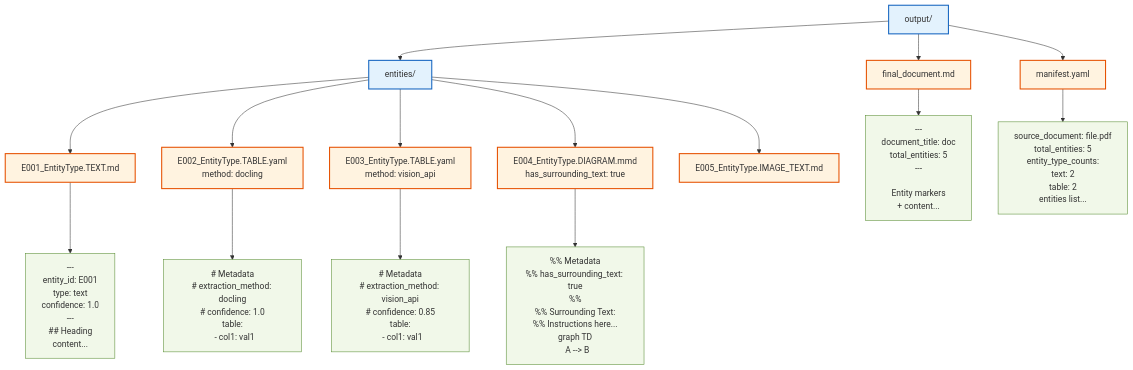
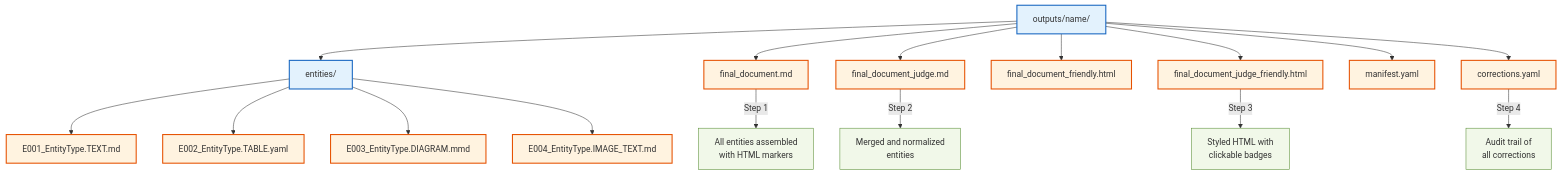
One commit to wonderful-michelakis/danaos_processing changed the sixth of 6 diagrams in docs/architecture/PIPELINE_DIAGRAM.md. Above: the diagram before and after it, drawn with Mermaid. The commit also changed other lines of this file and 8 other files, not shown here.

````diff
--- a/docs/architecture/PIPELINE_DIAGRAM.md
+++ b/docs/architecture/PIPELINE_DIAGRAM.md
@@ -235,33 +209,28 @@
 ```mermaid
 graph TB
-    Root[output/] --> Entities[entities/]
-    Root --> Final[final_document.md]
-    Root --> Manifest[manifest.yaml]
+    Root["outputs/name/"] --> Entities["entities/"]
+    Root --> FinalDoc["final_document.md"]
+    Root --> JudgeDoc["final_document_judge.md"]
+    Root --> FriendlyHTML["final_document_friendly.html"]
+    Root --> JudgeHTML["final_document_judge_friendly.html"]
+    Root --> Manifest["manifest.yaml"]
+    Root --> Corrections["corrections.yaml"]
 
-    Entities --> Text[E001_EntityType.TEXT.md]
-    Entities --> Table1[E002_EntityType.TABLE.yaml<br/>method: docling]
-    Entities --> Table2[E003_EntityType.TABLE.yaml<br/>method: vision_api]
-    Entities --> Diagram[E004_EntityType.DIAGRAM.mmd<br/>has_surrounding_text: true]
-    Entities --> ImgText[E005_EntityType.IMAGE_TEXT.md]
+    Entities --> Text["E001_EntityType.TEXT.md"]
+    Entities --> Table["E002_EntityType.TABLE.yaml"]
+    Entities --> Diagram["E003_EntityType.DIAGRAM.mmd"]
+    Entities --> ImgText["E004_EntityType.IMAGE_TEXT.md"]
 
-    Text --> TextContent[---<br/>entity_id: E001<br/>type: text<br/>confidence: 1.0<br/>---<br/>## Heading<br/>content...]
+    FinalDoc -->|Step 1| Note1["All entities assembled<br/>with HTML markers"]
+    JudgeDoc -->|Step 2| Note2["Merged and normalized<br/>entities"]
+    JudgeHTML -->|Step 3| Note3["Styled HTML with<br/>clickable badges"]
+    Corrections -->|Step 4| Note4["Audit trail of<br/>all corrections"]
 
-    Table1 --> Table1Content[# Metadata<br/># extraction_method: docling<br/># confidence: 1.0<br/>table:<br/>  - col1: val1]
-
-    Table2 --> Table2Content[# Metadata<br/># extraction_method: vision_api<br/># confidence: 0.85<br/>table:<br/>  - col1: val1]
-
-    Diagram --> DiagramContent[%% Metadata<br/>%% has_surrounding_text: true<br/>%%<br/>%% Surrounding Text:<br/>%% Instructions here...<br/>graph TD<br/>  A --> B]
-
-    Final --> FinalContent[---<br/>document_title: doc<br/>total_entities: 5<br/>---<br/><br/>Entity markers<br/>+ content...]
-
-    Manifest --> ManifestContent[source_document: file.pdf<br/>total_entities: 5<br/>entity_type_counts:<br/>  text: 2<br/>  table: 2<br/>entities list...]
-
-    %% Styling
     classDef dirClass fill:#e3f2fd,stroke:#1565c0,stroke-width:2px
     classDef fileClass fill:#fff3e0,stroke:#e65100,stroke-width:2px
-    classDef contentClass fill:#f1f8e9,stroke:#558b2f,stroke-width:1px
+    classDef noteClass fill:#f1f8e9,stroke:#558b2f,stroke-width:1px
 
     class Root,Entities dirClass
-    class Text,Table1,Table2,Diagram,ImgText,Final,Manifest fileClass
-    class TextContent,Table1Content,Table2Content,DiagramContent,FinalContent,ManifestContent contentClass
+    class Text,Table,Diagram,ImgText,FinalDoc,JudgeDoc,FriendlyHTML,JudgeHTML,Manifest,Corrections fileClass
+    class Note1,Note2,Note3,Note4 noteClass
 ```
````
